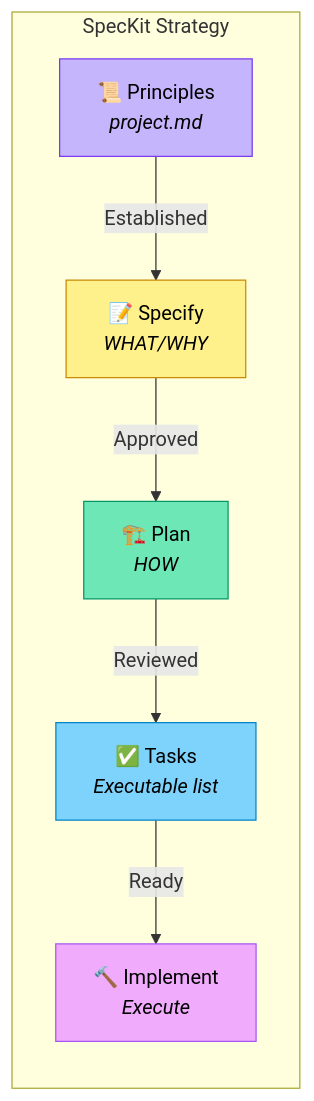
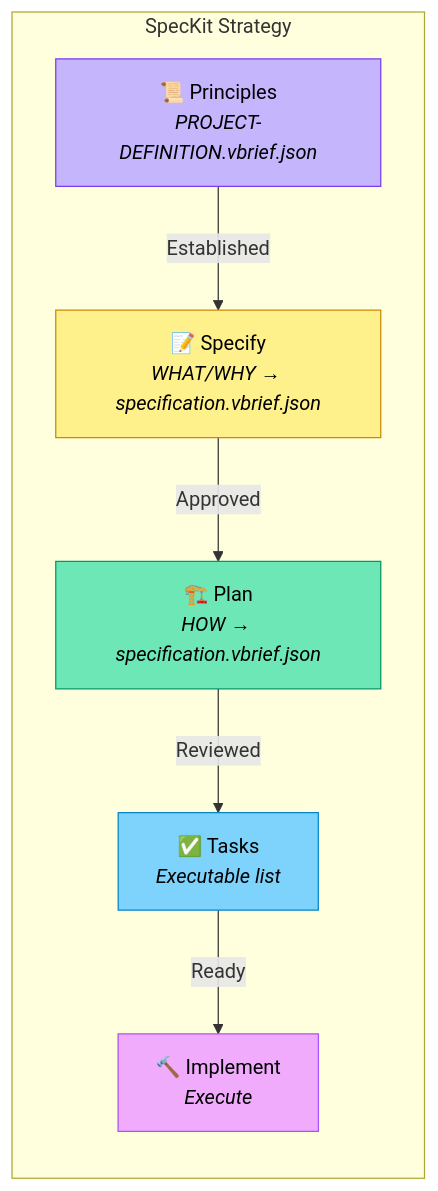
Before and after one commit to deftai/directive: the diagram in strategies/speckit.md, drawn with Mermaid. The commit also changed other lines of this file and 3 other files, not shown here.

````diff
--- a/strategies/speckit.md
+++ b/strategies/speckit.md
@@ -19,21 +19,21 @@
 ```mermaid
 flowchart LR
     subgraph speckit ["SpecKit Strategy"]
-        P["📜 Principles<br/><i>project.md</i>"]
-        S["📝 Specify<br/><i>WHAT/WHY</i>"]
-        PL["🏗️ Plan<br/><i>HOW</i>"]
+        P["📜 Principles<br/><i>PROJECT-DEFINITION.vbrief.json</i>"]
+        S["📝 Specify<br/><i>WHAT/WHY → specification.vbrief.json</i>"]
+        PL["🏗️ Plan<br/><i>HOW → specification.vbrief.json</i>"]
         T["✅ Tasks<br/><i>Executable list</i>"]
         I["🔨 Implement<br/><i>Execute</i>"]
     end
 
     P -->|"Established"| S
     S -->|"Approved"| PL
     PL -->|"Reviewed"| T
     T -->|"Ready"| I
 
     style P fill:#c4b5fd,stroke:#7c3aed,color:#000
     style S fill:#fef08a,stroke:#ca8a04,color:#000
     style PL fill:#6ee7b7,stroke:#059669,color:#000
     style T fill:#7dd3fc,stroke:#0284c7,color:#000
     style I fill:#f0abfc,stroke:#a855f7,color:#000
 ```
````
